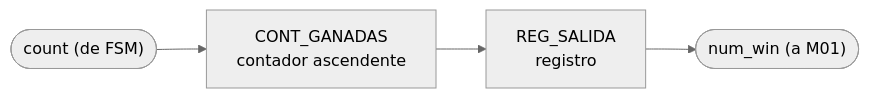
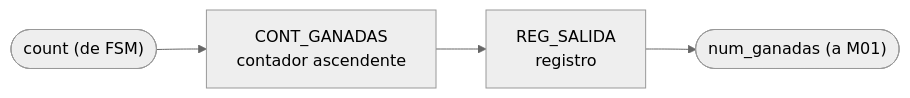
Before and after one commit to Taller-de-diseno-digital-GR01/Proyecto-2-Ahorcado: the seventh of 13 diagrams in docs/diseño/diagramas/nivel03.md, drawn with Mermaid (neutral theme). The commit also changed other lines of this file and 1 other file, not shown here.

````diff
--- a/docs/diseño/diagramas/nivel03.md
+++ b/docs/diseño/diagramas/nivel03.md
@@ -273,6 +298,6 @@
 ```mermaid
 flowchart LR
     IN_COUNT(["count (de FSM)"]) --> CNT1["CONT_GANADAS<br/>contador ascendente"]
     CNT1 --> REG_OUT["REG_SALIDA<br/>registro"]
-    REG_OUT --> OUT_WIN(["num_win (a M01)"])
+    REG_OUT --> OUT_WIN(["num_ganadas (a M01)"])
 ```
````
